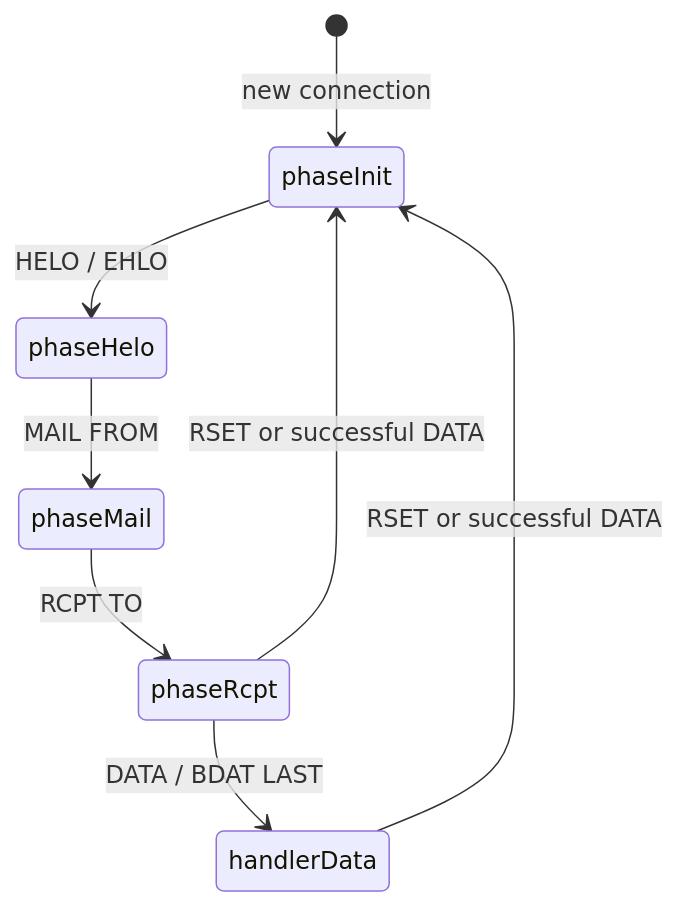
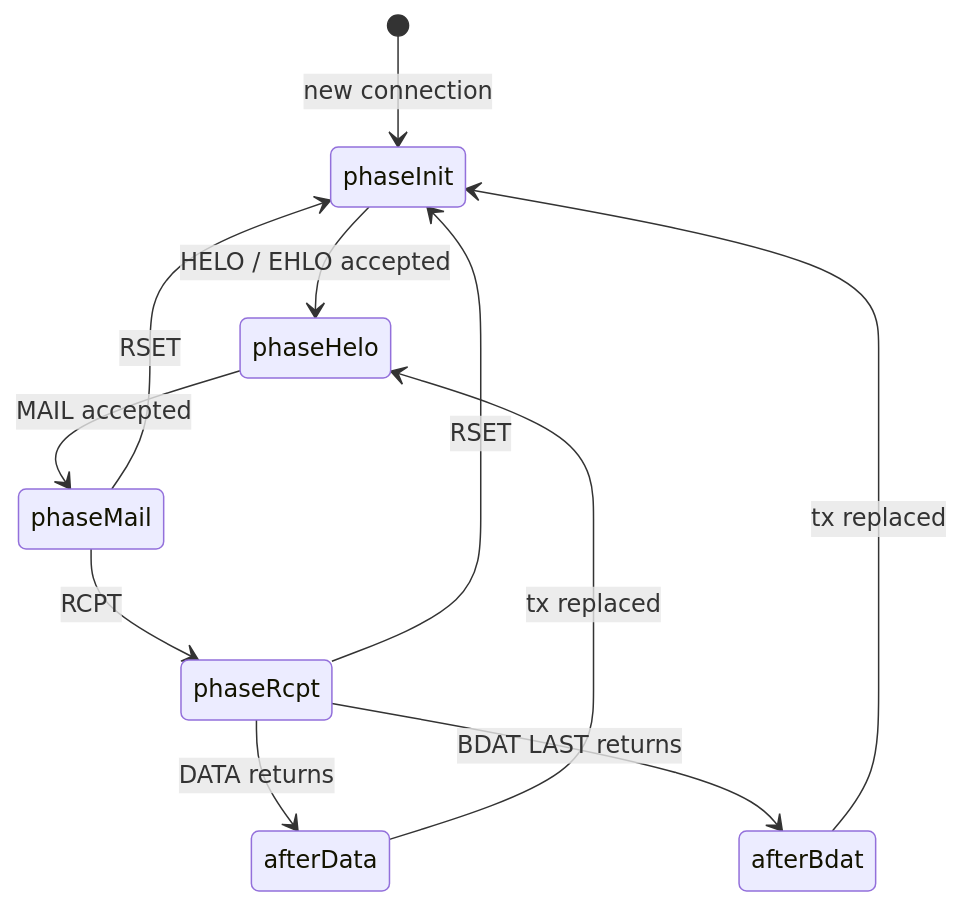
The diagram in docs/handler-guide.md (stupoid/smtp-gateway), drawn with Mermaid before and after one commit. The commit also changed other lines of this file and 17 other files, not shown here.

````diff
--- a/docs/handler-guide.md
+++ b/docs/handler-guide.md
@@ -10,10 +10,13 @@
 ```mermaid
 stateDiagram-v2
     [*] --> phaseInit : new connection
-    phaseInit --> phaseHelo : HELO / EHLO
-    phaseHelo --> phaseMail : MAIL FROM
-    phaseMail --> phaseRcpt : RCPT TO
-    phaseRcpt --> handlerData : DATA / BDAT LAST
-    handlerData --> phaseInit : RSET or successful DATA
-    phaseRcpt --> phaseInit : RSET or successful DATA
+    phaseInit --> phaseHelo : HELO / EHLO accepted
+    phaseHelo --> phaseMail : MAIL accepted
+    phaseMail --> phaseRcpt : RCPT
+    phaseRcpt --> afterData : DATA returns
+    phaseRcpt --> afterBdat : BDAT LAST returns
+    afterData --> phaseHelo : tx replaced
+    afterBdat --> phaseInit : tx replaced
+    phaseMail --> phaseInit : RSET
+    phaseRcpt --> phaseInit : RSET
 ```
````
